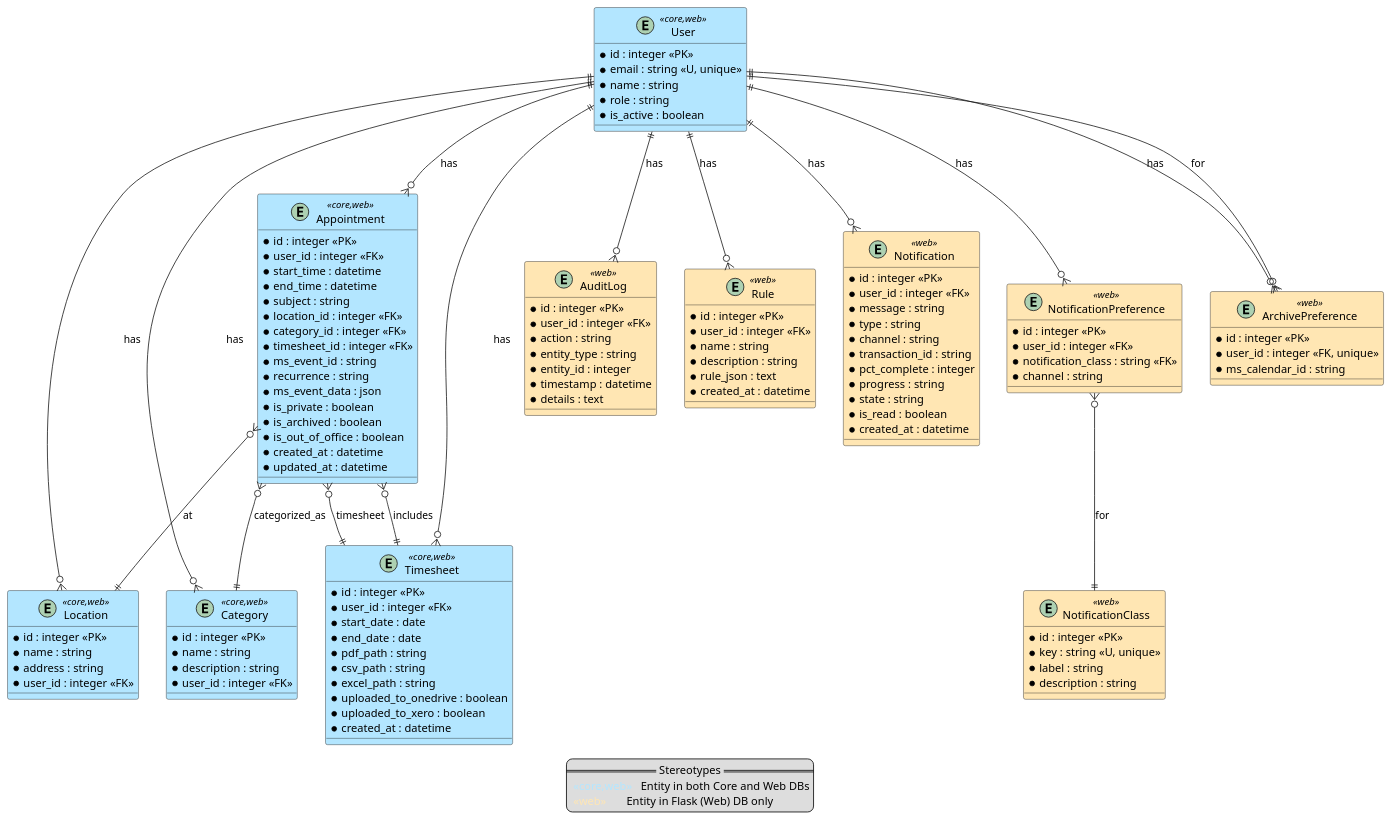
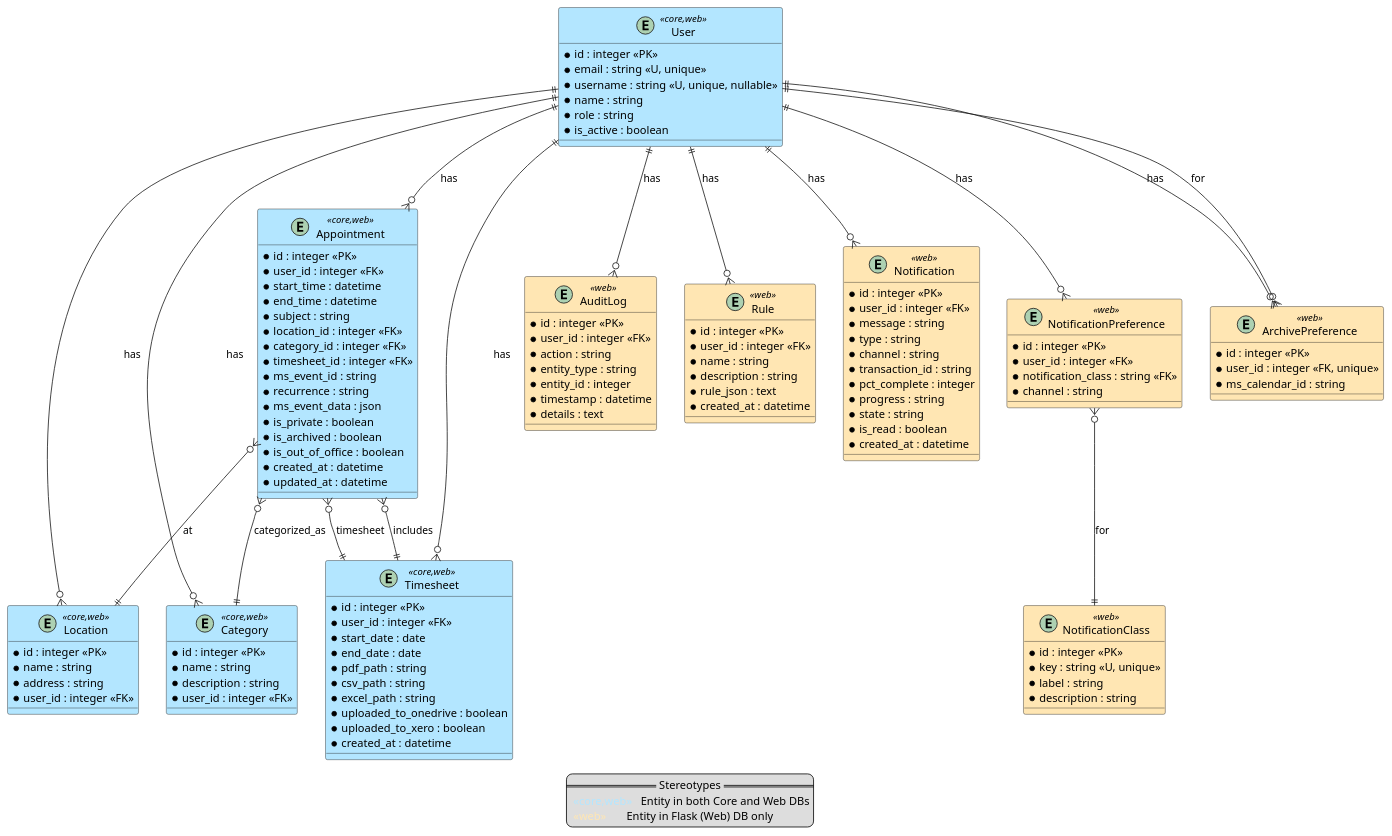
The diagram in docs/2-design/data-model.puml (Auriora/admin-assistant), drawn with PlantUML before and after one commit. The commit also changed 14 other files, not shown here.

```diff
--- a/docs/2-design/data-model.puml
+++ b/docs/2-design/data-model.puml
@@ -1,137 +1,138 @@
 @startuml DataModel
 ' Stereotypes: <<core,web>> = both DBs, <<web>> = Flask DB only
 ' Color: #B3E6FF for <<core,web>>, #FFE6B3 for <<web>>
 
 entity User <<core,web>> #B3E6FF {
     * id : integer <<PK>>
     * email : string <<U, unique>>
+    * username : string <<U, unique, nullable>>
     * name : string
     * role : string
     * is_active : boolean
 }
 
 entity Appointment <<core,web>> #B3E6FF {
     * id : integer <<PK>>
     * user_id : integer <<FK>>
     * start_time : datetime
     * end_time : datetime
     * subject : string
     * location_id : integer <<FK>>
     * category_id : integer <<FK>>
     * timesheet_id : integer <<FK>>
     * ms_event_id : string
     * recurrence : string
     * ms_event_data : json
     * is_private : boolean
     * is_archived : boolean
     * is_out_of_office : boolean
     * created_at : datetime
     * updated_at : datetime
 }
 
 entity Location <<core,web>> #B3E6FF {
     * id : integer <<PK>>
     * name : string
     * address : string
     * user_id : integer <<FK>>
 }
 
 entity Category <<core,web>> #B3E6FF {
     * id : integer <<PK>>
     * name : string
     * description : string
     * user_id : integer <<FK>>
 }
 
 entity Timesheet <<core,web>> #B3E6FF {
     * id : integer <<PK>>
     * user_id : integer <<FK>>
     * start_date : date
     * end_date : date
     * pdf_path : string
     * csv_path : string
     * excel_path : string
     * uploaded_to_onedrive : boolean
     * uploaded_to_xero : boolean
     * created_at : datetime
 }
 
 entity AuditLog <<web>> #FFE6B3 {
     * id : integer <<PK>>
     * user_id : integer <<FK>>
     * action : string
     * entity_type : string
     * entity_id : integer
     * timestamp : datetime
     * details : text
 }
 
 entity Rule <<web>> #FFE6B3 {
     * id : integer <<PK>>
     * user_id : integer <<FK>>
     * name : string
     * description : string
     * rule_json : text
     * created_at : datetime
 }
 
 entity Notification <<web>> #FFE6B3 {
     * id : integer <<PK>>
     * user_id : integer <<FK>>
     * message : string
     * type : string
     * channel : string
     * transaction_id : string
     * pct_complete : integer
     * progress : string
     * state : string
     * is_read : boolean
     * created_at : datetime
 }
 
 entity NotificationClass <<web>> #FFE6B3 {
     * id : integer <<PK>>
     * key : string <<U, unique>>
     * label : string
     * description : string
 }
 
 entity NotificationPreference <<web>> #FFE6B3 {
     * id : integer <<PK>>
     * user_id : integer <<FK>>
     * notification_class : string <<FK>>
     * channel : string
 }
 
 entity ArchivePreference <<web>> #FFE6B3 {
     * id : integer <<PK>>
     * user_id : integer <<FK, unique>>
     * ms_calendar_id : string
 }
 
 User ||--o{ Appointment : has
 User ||--o{ Location : has
 User ||--o{ Category : has
 User ||--o{ Timesheet : has
 User ||--o{ AuditLog : has
 User ||--o{ Rule : has
 User ||--o{ Notification : has
 User ||--o{ NotificationPreference : has
 User ||--o{ ArchivePreference : has
 
 Appointment }o--|| Location : at
 Appointment }o--|| Category : categorized_as
 Appointment }o--|| Timesheet : timesheet
 Timesheet ||--o{ Appointment : includes
 
 NotificationPreference }o--|| NotificationClass : for
 ArchivePreference }o--|| User : for
 
 ' Legend
 legend
   == Stereotypes ==
   <color:#B3E6FF> <<core,web>> </color>  Entity in both Core and Web DBs
   <color:#FFE6B3> <<web>> </color>      Entity in Flask (Web) DB only
 endlegend
 
 @enduml 
```
